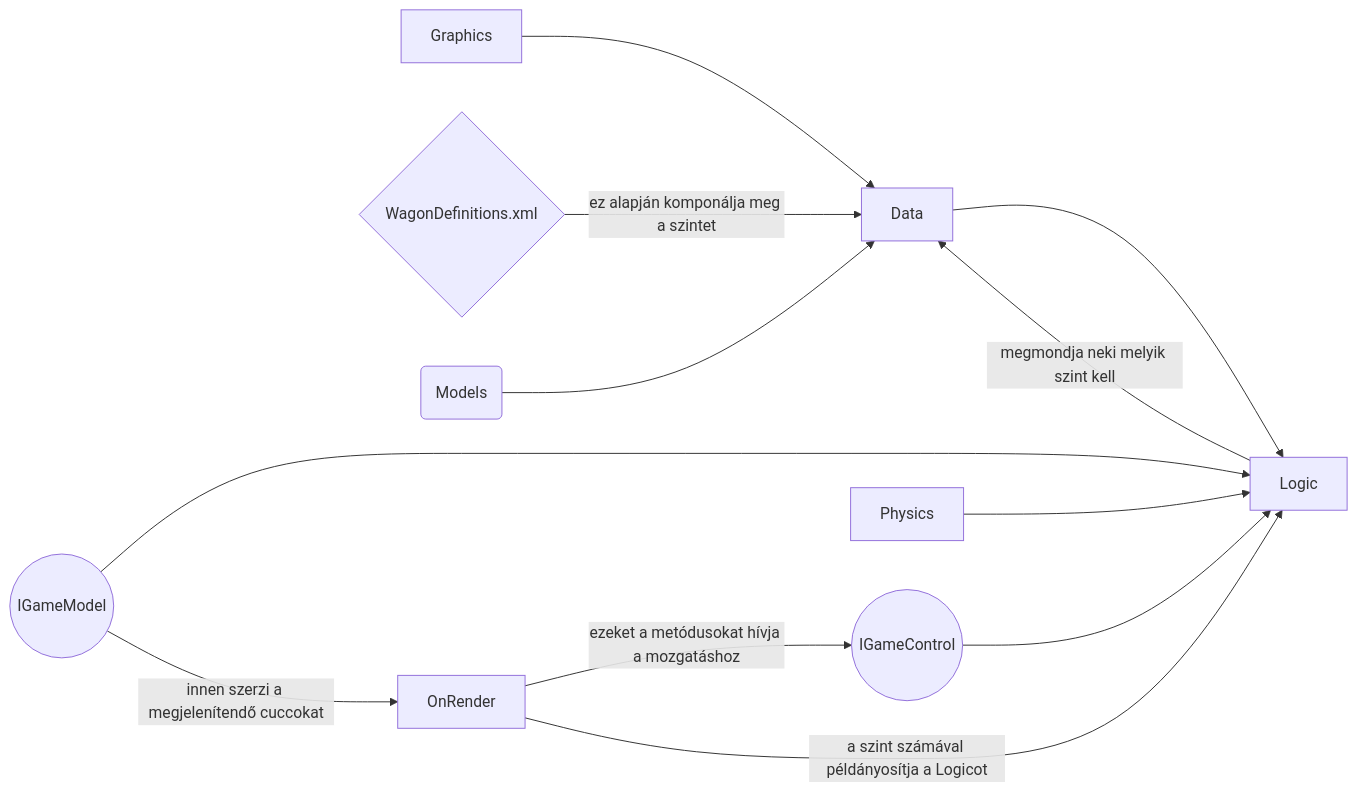
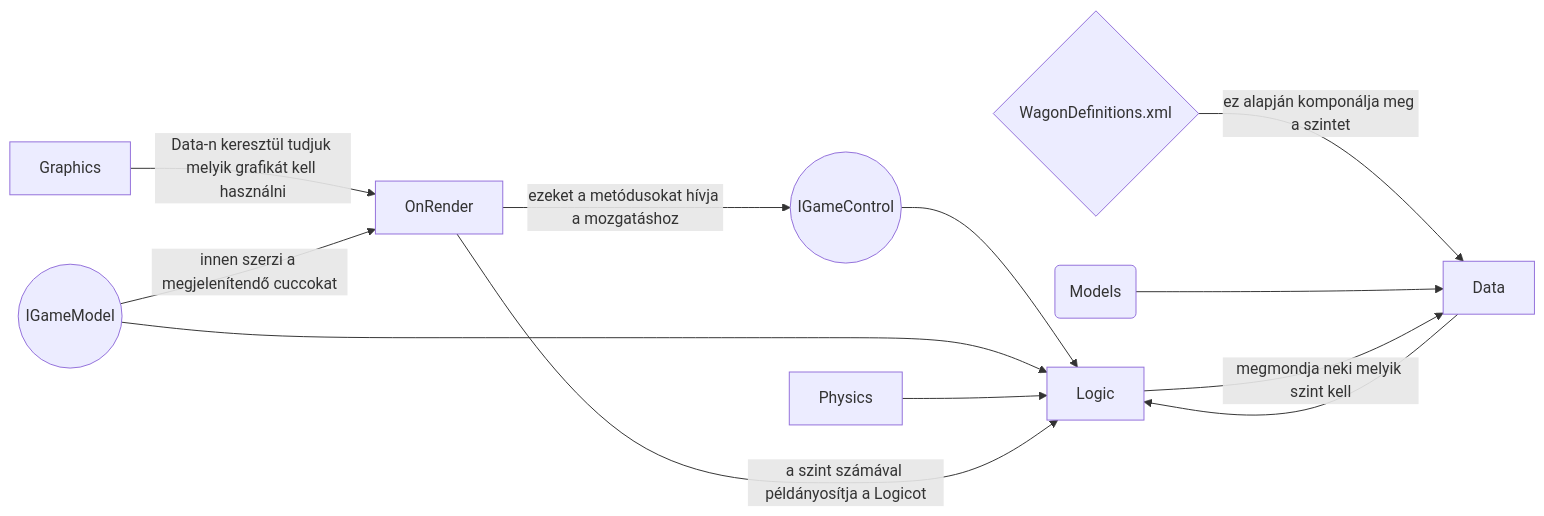
Before and after one commit to SteveBrownJr/GUI_20212202_DYHVN3: the diagram in README.md, drawn with Mermaid.

````diff
--- a/README.md
+++ b/README.md
@@ -5,13 +5,14 @@
 ```mermaid
 graph LR
-Graphics[Graphics] --> Data[Data] --> Logic[Logic]
+Graphics[Graphics] -- Data-n keresztül tudjuk melyik grafikát kell használni --> OnRender
+Data[Data] --> Logic[Logic]
 WagonDefinitions.xml{WagonDefinitions.xml} -- ez alapján komponálja meg a szintet --> Data
 Models(Models) --> Data
 IGameControl((IGameControl)) --> Logic
 OnRender -- ezeket a metódusokat hívja a mozgatáshoz --> IGameControl
 Logic -- megmondja neki melyik szint kell --> Data
 IGameModel((IGameModel)) --> Logic
 Physics[Physics] --> Logic
 IGameModel -- innen szerzi a megjelenítendő cuccokat--> OnRender
 OnRender -- a szint számával példányosítja a Logicot --> Logic
 ```
````
